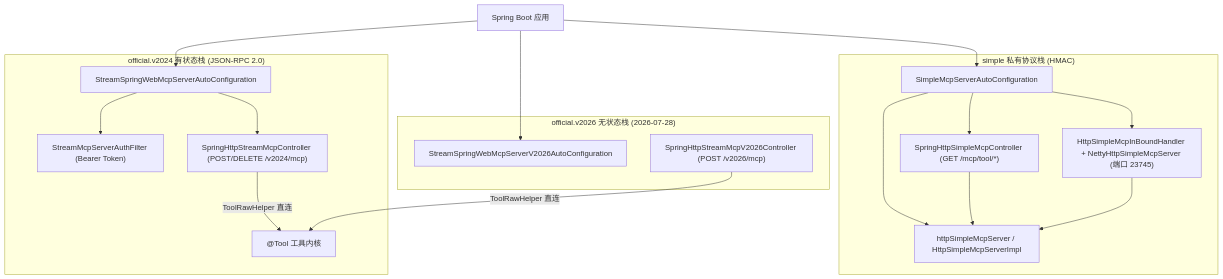
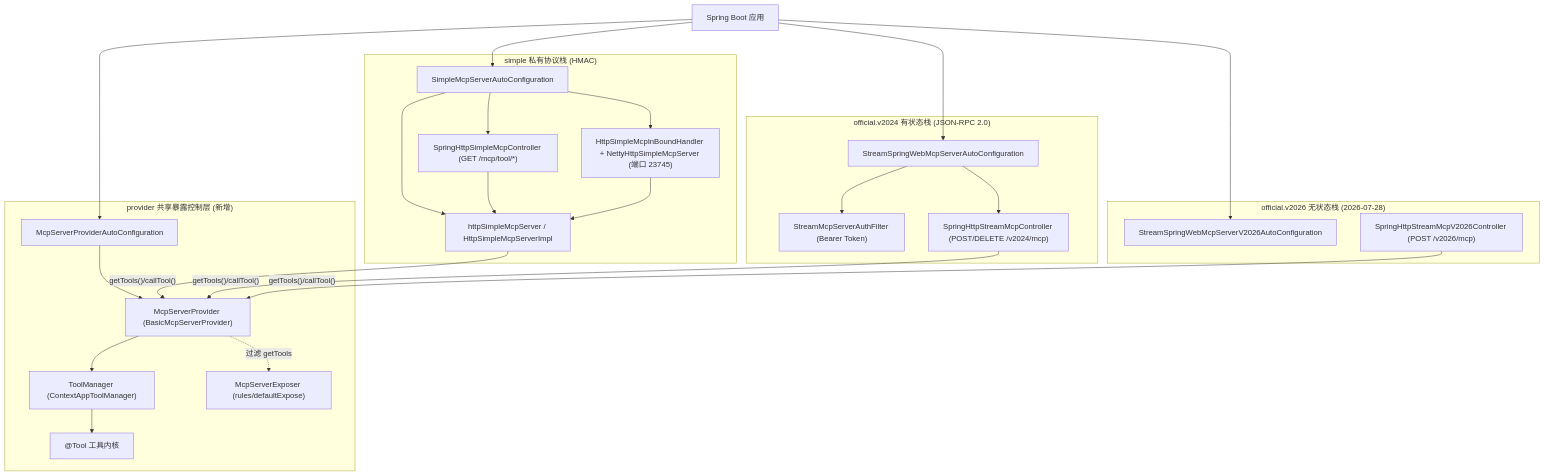
One commit to Ice2Faith/i2f-turbo-java changed the first of 2 diagrams in .wiki/modules/i2f-springboot/i2f-springboot-ai-mcp-server/readme.md. Above: the diagram before and after it, drawn with Mermaid. The commit also changed other lines of this file and 3 other files, not shown here.

Commit message:
feat(mcp-server): tools expose as mcp tools

````diff
--- a/.wiki/modules/i2f-springboot/i2f-springboot-ai-mcp-server/readme.md
+++ b/.wiki/modules/i2f-springboot/i2f-springboot-ai-mcp-server/readme.md
@@ -37,29 +53,41 @@
 ```mermaid
 flowchart TD
     APP["Spring Boot 应用"]
     subgraph simple["simple 私有协议栈 (HMAC)"]
         SM["SimpleMcpServerAutoConfiguration"]
         SS["httpSimpleMcpServer / HttpSimpleMcpServerImpl"]
         CTRL["SpringHttpSimpleMcpController (GET /mcp/tool/*)"]
         HN["HttpSimpleMcpInBoundHandler + NettyHttpSimpleMcpServer (端口 23745)"]
         SM --> SS
         SM --> CTRL --> SS
         SM --> HN --> SS
     end
     subgraph v2024["official.v2024 有状态栈 (JSON-RPC 2.0)"]
         A24["StreamSpringWebMcpServerAutoConfiguration"]
         AUTH["StreamMcpServerAuthFilter (Bearer Token)"]
         C24["SpringHttpStreamMcpController (POST/DELETE /v2024/mcp)"]
         A24 --> AUTH
         A24 --> C24
-        C24 -->|ToolRawHelper 直连| TOOL["@Tool 工具内核"]
     end
     subgraph v2026["official.v2026 无状态栈 (2026-07-28)"]
         A26["StreamSpringWebMcpServerV2026AutoConfiguration"]
         C26["SpringHttpStreamMcpV2026Controller (POST /v2026/mcp)"]
-        C26 -->|ToolRawHelper 直连| TOOL
+    end
+    subgraph provider["provider 共享暴露控制层 (新增)"]
+        PV["McpServerProviderAutoConfiguration"]
+        MSP["McpServerProvider (BasicMcpServerProvider)"]
+        TM["ToolManager (ContextAppToolManager)"]
+        EXP["McpServerExposer (rules/defaultExpose)"]
+        TOOL["@Tool 工具内核"]
+        PV --> MSP
+        MSP --> TM --> TOOL
+        MSP -. "过滤 getTools" .-> EXP
     end
     APP --> SM
     APP --> A24
     APP --> A26
+    APP --> PV
+    SS -->|"getTools()/callTool()"| MSP
+    C24 -->|"getTools()/callTool()"| MSP
+    C26 -->|"getTools()/callTool()"| MSP
 ```
````
